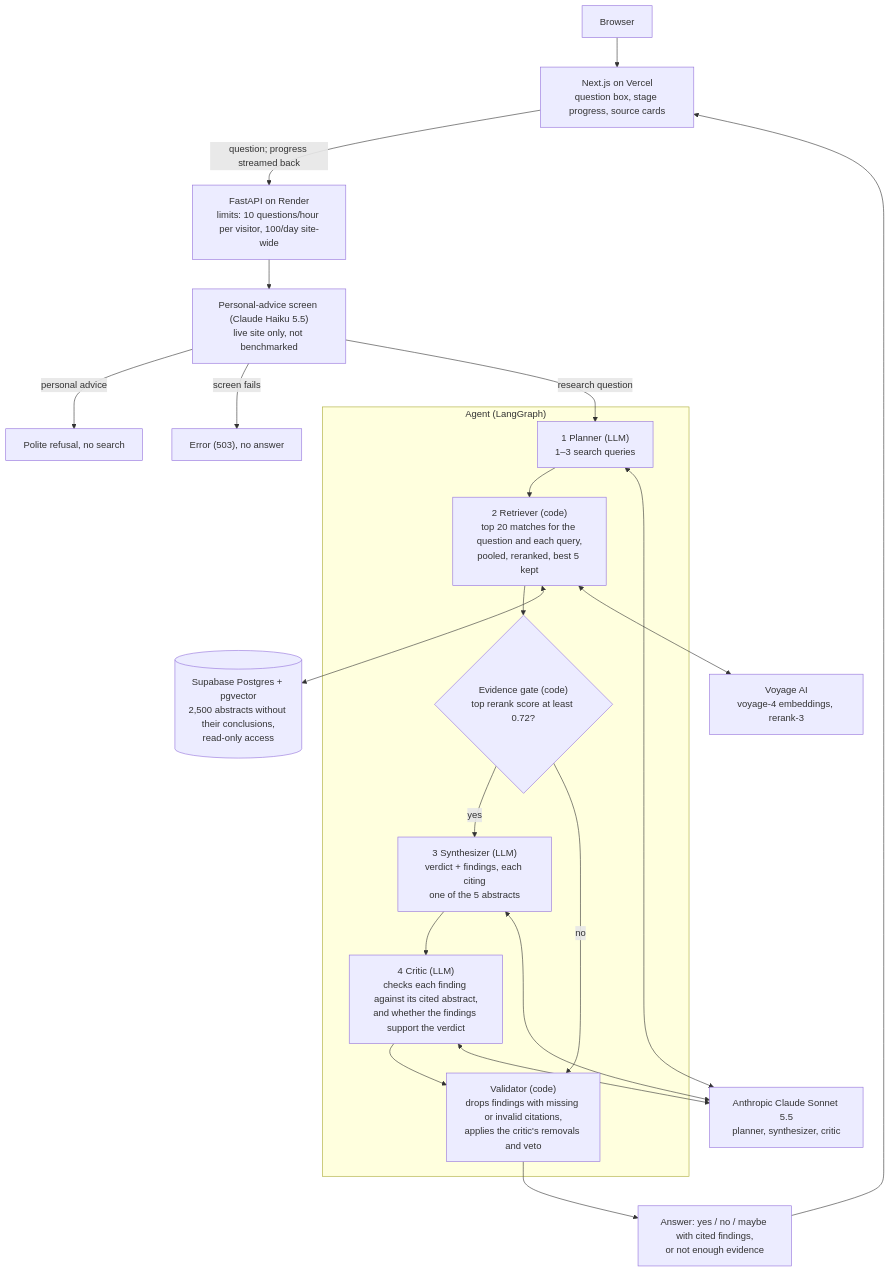
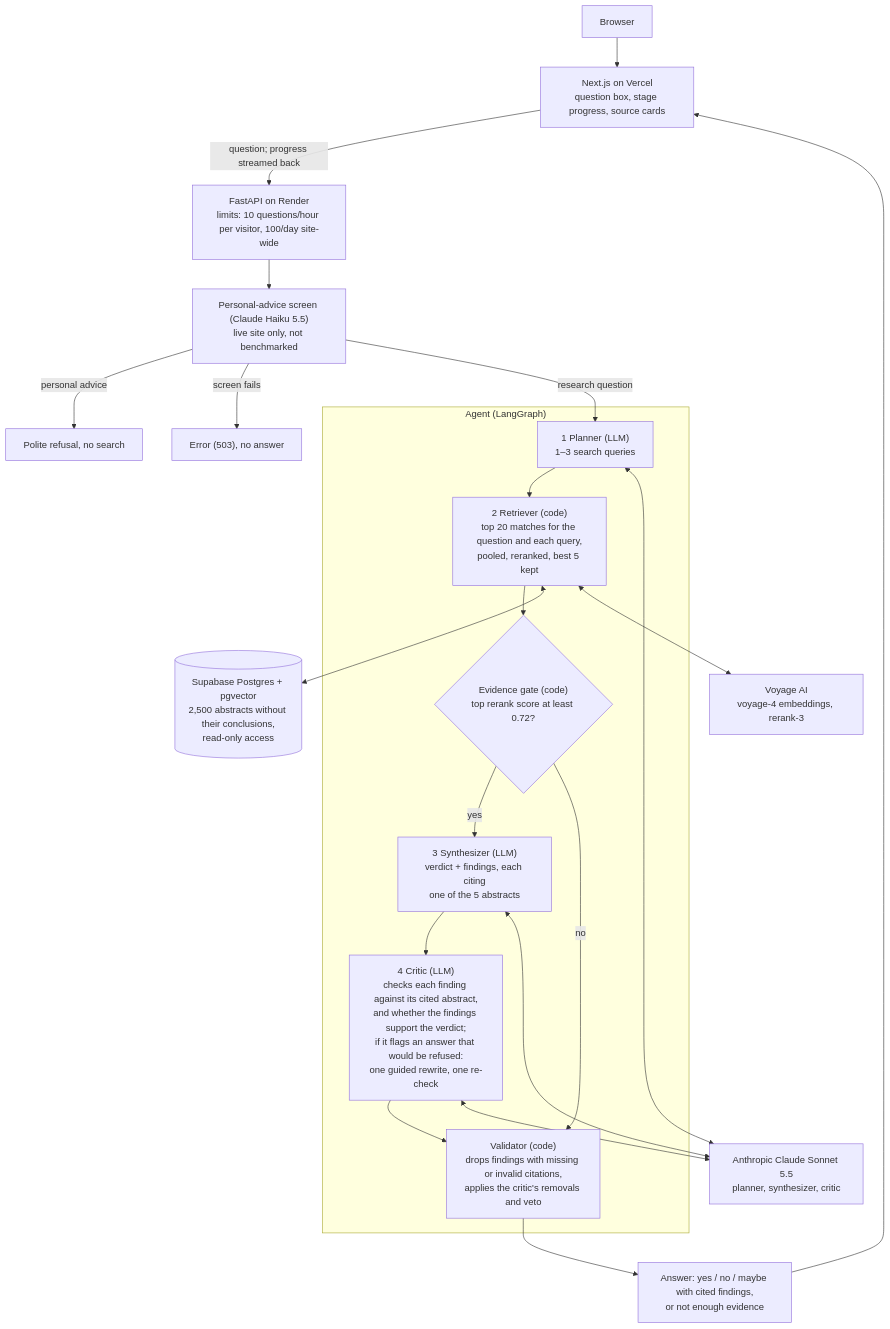
Before and after one commit to Prabh54/groundedmed: the diagram in README.md, drawn with Mermaid. The commit also changed other lines of this file and 10 other files, not shown here.

````diff
--- a/README.md
+++ b/README.md
@@ -49,25 +21,25 @@
 ```mermaid
 flowchart TD
     U[Browser] --> FE["Next.js on Vercel<br/>question box, stage progress, source cards"]
     FE -- "question; progress streamed back" --> API["FastAPI on Render<br/>limits: 10 questions/hour per visitor, 100/day site-wide"]
     API --> ADV["Personal-advice screen (Claude Haiku 5.5)<br/>live site only, not benchmarked"]
     ADV -- "personal advice" --> REF["Polite refusal, no search"]
     ADV -- "screen fails" --> ERR["Error (503), no answer"]
     ADV -- "research question" --> PL
 
     subgraph AGENT ["Agent (LangGraph)"]
         PL["1 Planner (LLM)<br/>1–3 search queries"] --> RT["2 Retriever (code)<br/>top 20 matches for the question and each query,<br/>pooled, reranked, best 5 kept"]
         RT --> GT{"Evidence gate (code)<br/>top rerank score at least 0.72?"}
         GT -- yes --> SY["3 Synthesizer (LLM)<br/>verdict + findings, each citing<br/>one of the 5 abstracts"]
-        SY --> CR["4 Critic (LLM)<br/>checks each finding against its cited abstract,<br/>and whether the findings support the verdict"]
+        SY --> CR["4 Critic (LLM)<br/>checks each finding against its cited abstract,<br/>and whether the findings support the verdict;<br/>if it flags an answer that would be refused:<br/>one guided rewrite, one re-check"]
         CR --> VA["Validator (code)<br/>drops findings with missing or invalid citations,<br/>applies the critic's removals and veto"]
         GT -- no --> VA
     end
 
     RT <--> DB[("Supabase Postgres + pgvector<br/>2,500 abstracts without their conclusions,<br/>read-only access")]
     RT <--> VY["Voyage AI<br/>voyage-4 embeddings, rerank-3"]
     CL["Anthropic Claude Sonnet 5.5<br/>planner, synthesizer, critic"]
     PL & SY & CR <--> CL
     VA --> OUT["Answer: yes / no / maybe with cited findings,<br/>or not enough evidence"]
     OUT --> FE
 ```
````
